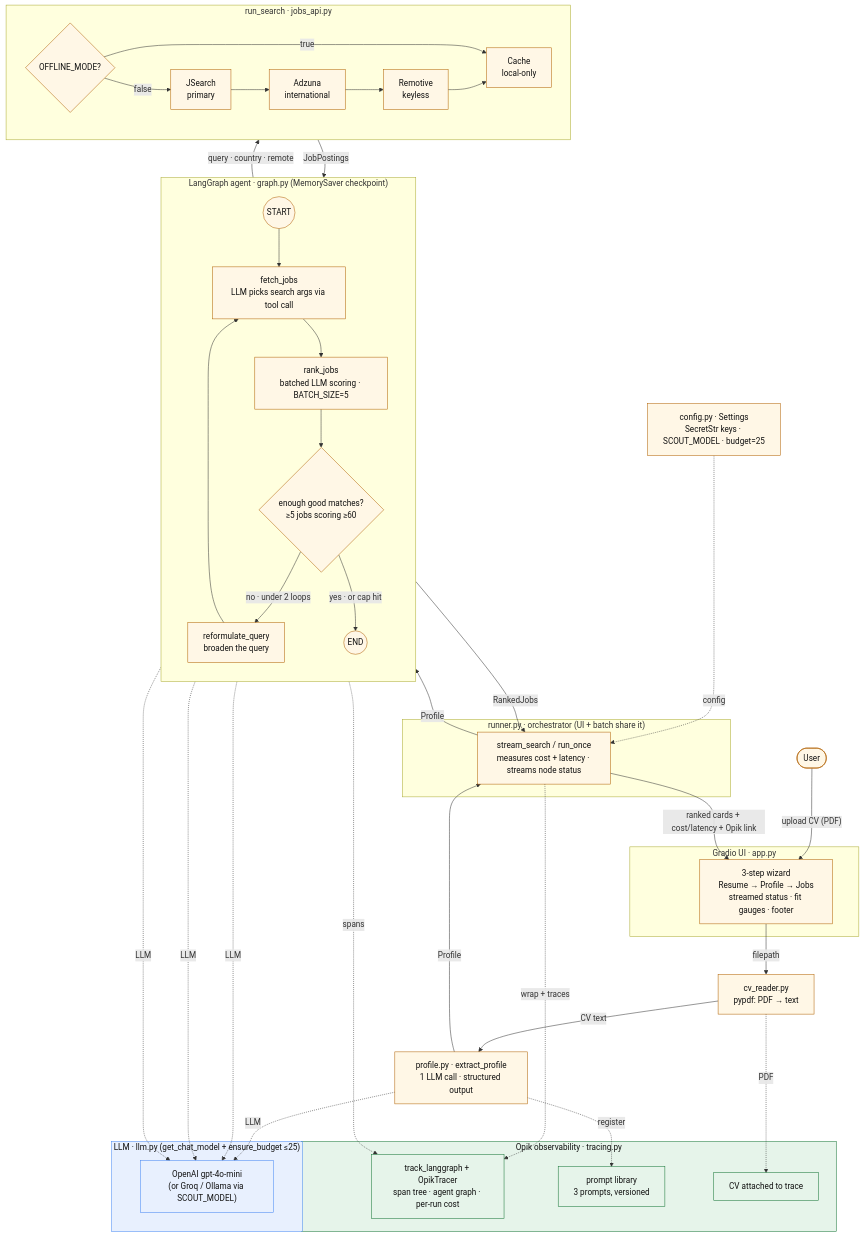
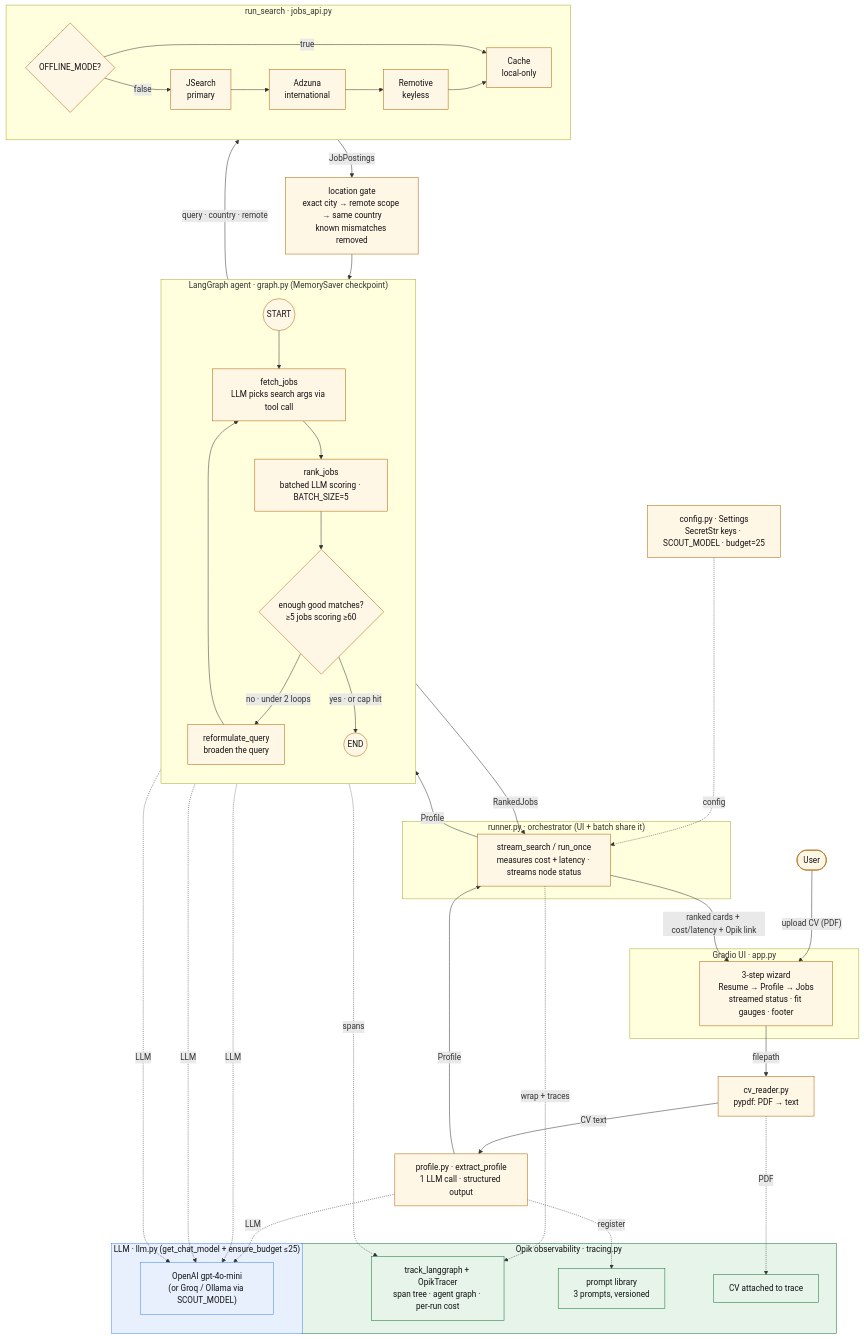
Before and after one commit to exitLQ/the-agent-that-got-me-rejected: the diagram in docs/architecture.md, drawn with Mermaid. The commit also changed other lines of this file and 10 other files, not shown here.

````diff
--- a/docs/architecture.md
+++ b/docs/architecture.md
@@ -11,67 +11,68 @@
 ```mermaid
 flowchart TB
   U(["User"]) -->|"upload CV (PDF)"| UI
 
   subgraph UI_L["Gradio UI · app.py"]
     UI["3-step wizard<br/>Resume → Profile → Jobs<br/>streamed status · fit gauges · footer"]
   end
 
   UI -->|"filepath"| CVR["cv_reader.py<br/>pypdf: PDF → text"]
   CVR -->|"CV text"| EP["profile.py · extract_profile<br/>1 LLM call · structured output"]
   EP -->|"Profile"| RUN
 
   subgraph ORCH["runner.py · orchestrator (UI + batch share it)"]
     RUN["stream_search / run_once<br/>measures cost + latency · streams node status"]
   end
 
   RUN -->|"Profile"| G
 
   subgraph G["LangGraph agent · graph.py (MemorySaver checkpoint)"]
     direction TB
     S((START)) --> FJ
     FJ["fetch_jobs<br/>LLM picks search args via tool call"] --> RJ
     RJ["rank_jobs<br/>batched LLM scoring · BATCH_SIZE=5"] --> D{"enough good matches?<br/>≥5 jobs scoring ≥60"}
     D -->|"no · under 2 loops"| RQ["reformulate_query<br/>broaden the query"]
     RQ --> FJ
     D -->|"yes · or cap hit"| E((END))
   end
 
   FJ -->|"query · country · remote"| SRCH
   subgraph SRCH["run_search · jobs_api.py"]
     direction LR
     MODE{"OFFLINE_MODE?"} -->|"true"| CA["Cache<br/>local-only"]
     MODE -->|"false"| JS["JSearch<br/>primary"]
     JS --> AZ["Adzuna<br/>international"] --> RM["Remotive<br/>keyless"] --> CA
   end
-  SRCH -->|"JobPostings"| RJ
+  SRCH -->|"JobPostings"| LOC["location gate<br/>exact city → remote scope → same country<br/>known mismatches removed"]
+  LOC --> RJ
 
   E -->|"RankedJobs"| RUN
   RUN -->|"ranked cards + cost/latency + Opik link"| UI
 
   subgraph LLM_L["LLM · llm.py (get_chat_model + ensure_budget ≤25)"]
     OA["OpenAI gpt-4o-mini<br/>(or Groq / Ollama via SCOUT_MODEL)"]
   end
   EP -. "LLM" .-> OA
   FJ -. "LLM" .-> OA
   RJ -. "LLM" .-> OA
   RQ -. "LLM" .-> OA
 
   subgraph OBS["Opik observability · tracing.py"]
     TR["track_langgraph + OpikTracer<br/>span tree · agent graph · per-run cost"]
     PL["prompt library<br/>3 prompts, versioned"]
     AT["CV attached to trace"]
   end
   RUN -. "wrap + traces" .-> TR
   G -. "spans" .-> TR
   EP -. "register" .-> PL
   CVR -. "PDF" .-> AT
 
   CFG["config.py · Settings<br/>SecretStr keys · SCOUT_MODEL · budget=25"] -. "config" .-> RUN
 
   classDef llm fill:#e8f0fe,stroke:#4285f4,color:#111;
   classDef obs fill:#e6f4ea,stroke:#137333,color:#111;
   classDef node fill:#fff7e6,stroke:#b06000,color:#111;
   class OA,LLM_L llm;
   class TR,PL,AT,OBS obs;
   class FJ,RJ,RQ node;
 ```
````
